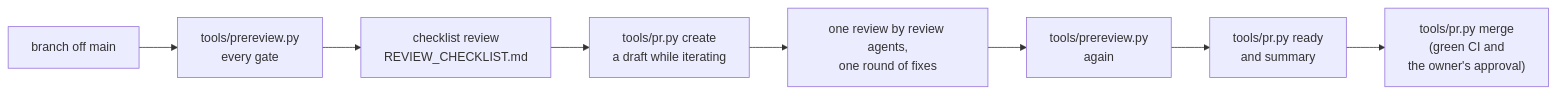
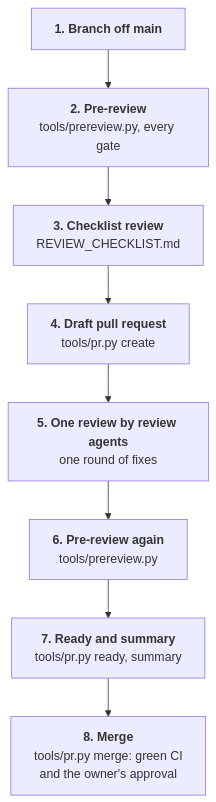
The diagram in docs/figures/diagrams/contributing_pr_flow.mmd (myersben9/fdia-graph), drawn with Mermaid before and after one commit. The commit also changed 49 other files, not shown here.

First line of the commit message:
Docs: a landing page that says what the project is, and diagrams a phone can read (#256)

```diff
--- a/docs/figures/diagrams/contributing_pr_flow.mmd
+++ b/docs/figures/diagrams/contributing_pr_flow.mmd
@@ -1,8 +1,18 @@
-flowchart LR
-    A[branch off main] --> B["tools/prereview.py<br/>every gate"]
-    B --> C[checklist review<br/>REVIEW_CHECKLIST.md]
-    C --> D["tools/pr.py create<br/>a draft while iterating"]
-    D --> E[one review by review agents,<br/>one round of fixes]
-    E --> R["tools/prereview.py<br/>again"]
-    R --> F["tools/pr.py ready<br/>and summary"]
-    F --> H["tools/pr.py merge<br/>(green CI and<br/>the owner's approval)"]
+flowchart TB
+    A["`**1. Branch off main**`"]
+    B["`**2. Pre-review**
+    tools/prereview.py, every gate`"]
+    C["`**3. Checklist review**
+    REVIEW_CHECKLIST.md`"]
+    D["`**4. Draft pull request**
+    tools/pr.py create`"]
+    E["`**5. One review by review agents**
+    one round of fixes`"]
+    R["`**6. Pre-review again**
+    tools/prereview.py`"]
+    F["`**7. Ready and summary**
+    tools/pr.py ready, summary`"]
+    H["`**8. Merge**
+    tools/pr.py merge: green CI
+    and the owner's approval`"]
+    A --> B --> C --> D --> E --> R --> F --> H
```
